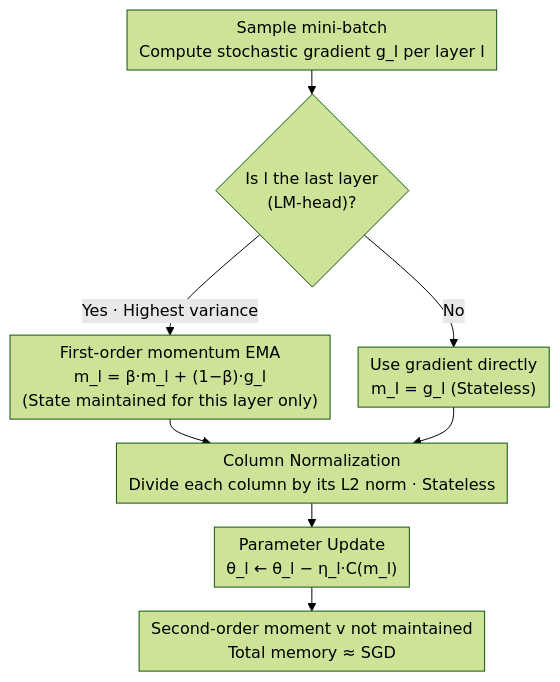
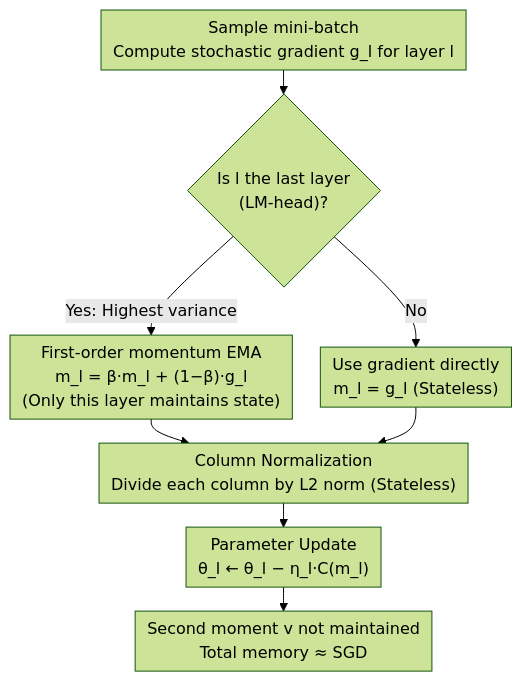
Before and after one commit to zhaoyang97/Paper-Notes-en: the diagram in docs/ICML2026/optimization/memory-efficient_llm_pretraining_via_minimalist_optimizer_design.md, drawn with Mermaid (forest theme). The commit also changed other lines of this file and 5084 other files, not shown here.

````diff
--- a/docs/ICML2026/optimization/memory-efficient_llm_pretraining_via_minimalist_optimizer_design.md
+++ b/docs/ICML2026/optimization/memory-efficient_llm_pretraining_via_minimalist_optimizer_design.md
@@ -47,11 +47,11 @@
 ```mermaid
 %%{init: {'flowchart': {'rankSpacing': 24, 'nodeSpacing': 28, 'padding': 6, 'wrappingWidth': 400}}}%%
 flowchart TD
-    A["Sample mini-batch<br/>Compute stochastic gradient g_l per layer l"] --> B{"Is l the last layer<br/>(LM-head)?"}
-    B -->|Yes · Highest variance| C["First-order momentum EMA<br/>m_l = β·m_l + (1−β)·g_l<br/>(State maintained for this layer only)"]
+    A["Sample mini-batch<br/>Compute stochastic gradient g_l for layer l"] --> B{"Is l the last layer<br/>(LM-head)?"}
+    B -->|Yes: Highest variance| C["First-order momentum EMA<br/>m_l = β·m_l + (1−β)·g_l<br/>(Only this layer maintains state)"]
     B -->|No| D["Use gradient directly<br/>m_l = g_l (Stateless)"]
-    C --> E["Column Normalization<br/>Divide each column by its L2 norm · Stateless"]
+    C --> E["Column Normalization<br/>Divide each column by L2 norm (Stateless)"]
     D --> E
     E --> F["Parameter Update<br/>θ_l ← θ_l − η_l·C(m_l)"]
-    F --> G["Second-order moment v not maintained<br/>Total memory ≈ SGD"]
+    F --> G["Second moment v not maintained<br/>Total memory ≈ SGD"]
 ```
````
